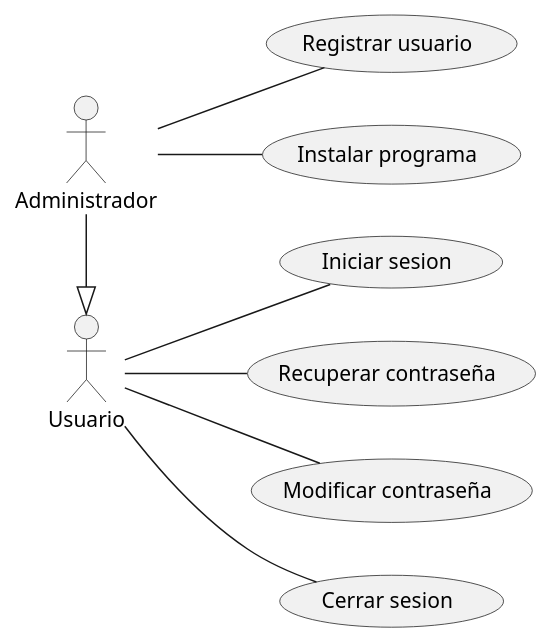
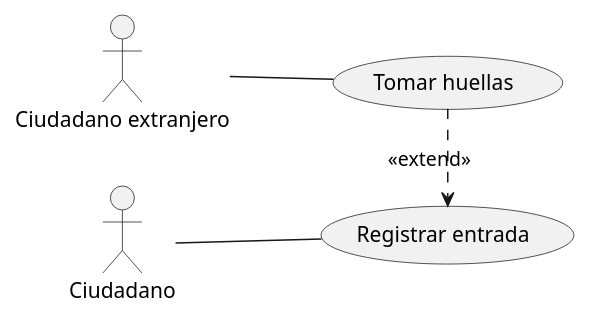
The diagram in UD12_EJ1_CND/CasosUsoEj1.puml (carniedom/EDEUD12_EJ1_CND), drawn with PlantUML before and after one commit.

Commit message:
Puesto fronterizo

```diff
--- a/UD12_EJ1_CND/CasosUsoEj1.puml
+++ b/UD12_EJ1_CND/CasosUsoEj1.puml
@@ -1,18 +1,10 @@
 @startuml
 left to right direction
-actor :Usuario:
-actor :Administrador:
-usecase "Iniciar sesion" as login
-usecase "Recuperar contraseña" as recuperarpwd
-usecase "Modificar contraseña" as modificarpwd
-usecase "Cerrar sesion" as logout
-usecase "Registrar usuario" as registro
-usecase "Instalar programa" as instalar
-:Usuario: -- login
-:Usuario: -- recuperarpwd
-:Usuario: -- modificarpwd
-:Usuario: -- logout
-:Administrador: -- registro
-:Administrador: -- instalar
-:Administrador: -|> :Usuario:
+actor :Ciudadano:
+actor :Ciudadano extranjero:
+usecase "Registrar entrada" as registro
+usecase "Tomar huellas" as huellas
+:Ciudadano: -- registro
+:Ciudadano extranjero: -- huellas
+huellas .>registro:<<extend>>
 @enduml
```
